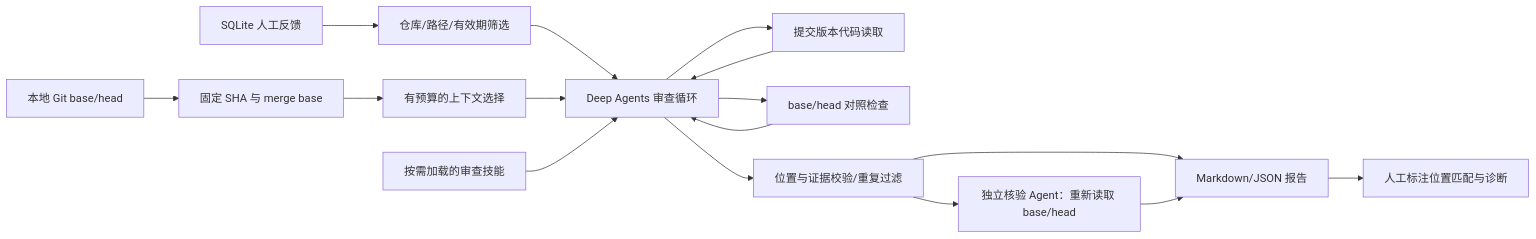
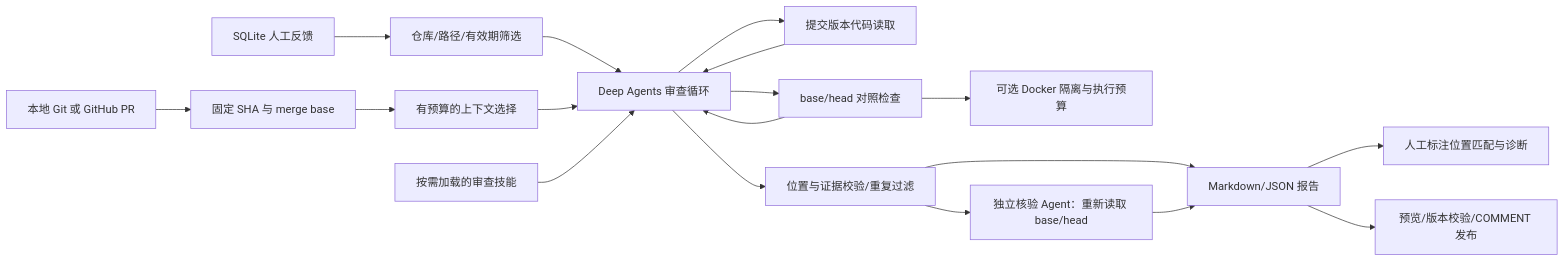
One commit to Bin-poco/pr-review-harness changed the diagram in docs/PROJECT.md. Above: the diagram before and after it, drawn with Mermaid. The commit also changed other lines of this file and 75 other files, not shown here.

Commit message:
Add durable context, feedback memory and GitHub review automation

````diff
--- a/docs/PROJECT.md
+++ b/docs/PROJECT.md
@@ -11,18 +11,20 @@
 ```mermaid
 flowchart LR
-    A[本地 Git base/head] --> B[固定 SHA 与 merge base]
+    A[本地 Git 或 GitHub PR] --> B[固定 SHA 与 merge base]
     B --> C[有预算的上下文选择]
     M[SQLite 人工反馈] --> N[仓库/路径/有效期筛选]
     N --> D[Deep Agents 审查循环]
     C --> D
     S[按需加载的审查技能] --> D
     D --> E[提交版本代码读取]
     D --> F[base/head 对照检查]
     E --> D
     F --> D
+    F --> X[可选 Docker 隔离与执行预算]
     D --> G[位置与证据校验/重复过滤]
     G --> V[独立核验 Agent：重新读取 base/head]
     G --> H[Markdown/JSON 报告]
     V --> H
     H --> Q[人工标注位置匹配与诊断]
+    H --> P[预览/版本校验/COMMENT 发布]
 ```
````
